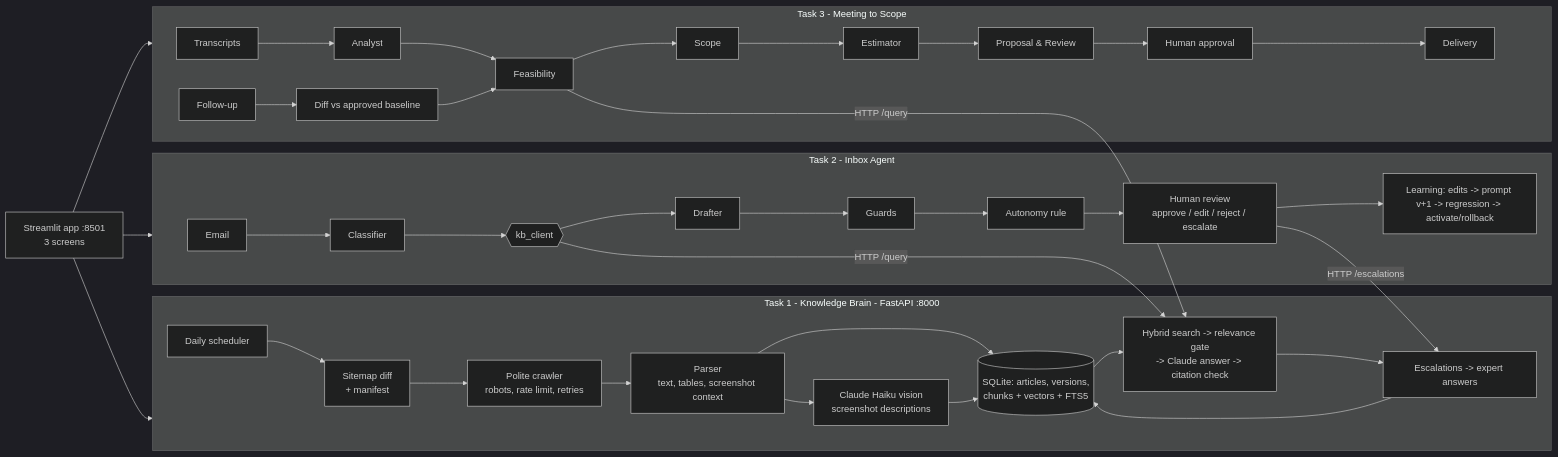
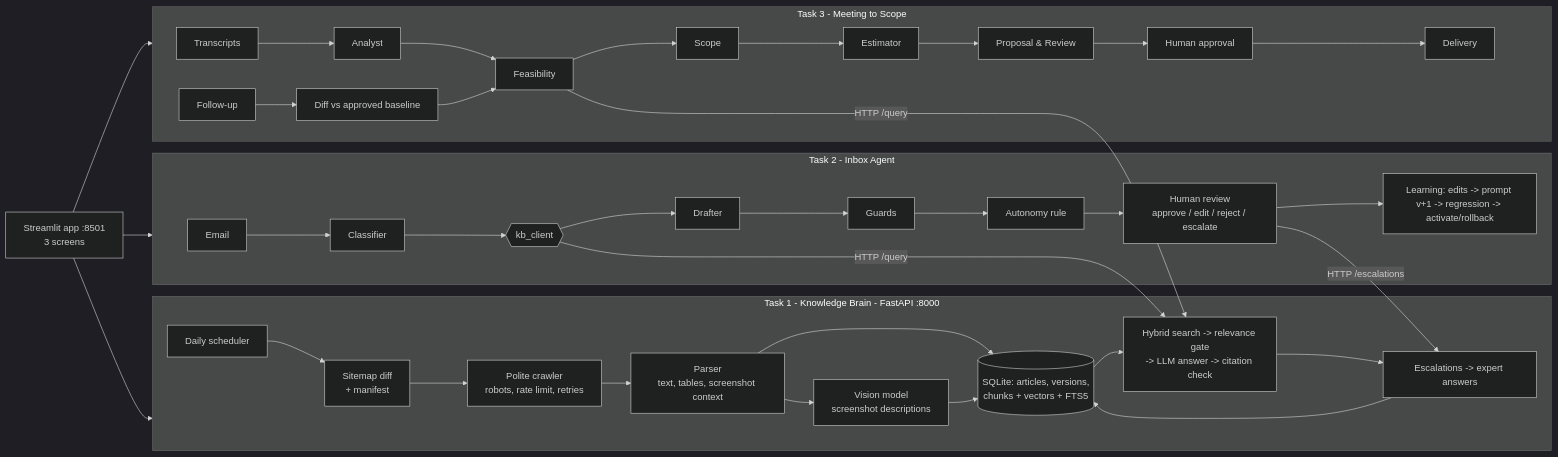
One commit to blackeagle-25-5/ai-tech-consultant changed the diagram in DESIGN.md. Above: the diagram before and after it, drawn with Mermaid (dark theme). The commit also changed other lines of this file and 12 other files, not shown here.

````diff
--- a/DESIGN.md
+++ b/DESIGN.md
@@ -33,28 +33,28 @@
 ```mermaid
 flowchart LR
   subgraph T1[Task 1 - Knowledge Brain - FastAPI :8000]
     SM[Sitemap diff<br/>+ manifest] --> CR[Polite crawler<br/>robots, rate limit, retries]
     CR --> PA[Parser<br/>text, tables, screenshot context]
-    PA --> VI[Claude Haiku vision<br/>screenshot descriptions]
+    PA --> VI[Vision model<br/>screenshot descriptions]
     PA --> IX[(SQLite: articles, versions,<br/>chunks + vectors + FTS5)]
     VI --> IX
-    IX --> QA[Hybrid search -> relevance gate<br/>-> Claude answer -> citation check]
+    IX --> QA[Hybrid search -> relevance gate<br/>-> LLM answer -> citation check]
     QA --> ES[Escalations -> expert answers]
     ES --> IX
     SCH[Daily scheduler] --> SM
   end
   subgraph T2[Task 2 - Inbox Agent]
     EM[Email] --> CL[Classifier] --> KBQ{{kb_client}} --> DR[Drafter] --> GU[Guards] --> AU[Autonomy rule]
     AU --> RV[Human review<br/>approve / edit / reject / escalate]
     RV --> LE[Learning: edits -> prompt v+1 -> regression -> activate/rollback]
   end
   subgraph T3[Task 3 - Meeting to Scope]
     TR[Transcripts] --> A1[Analyst] --> A2[Feasibility] --> A3[Scope] --> A4[Estimator] --> A5[Proposal & Review]
     A5 --> AP[Human approval] --> DL[Delivery]
     TR2[Follow-up] --> DF[Diff vs approved baseline] --> A2
   end
   KBQ -- HTTP /query --> QA
   A2 -- HTTP /query --> QA
   RV -- HTTP /escalations --> ES
   UI[Streamlit app :8501<br/>3 screens] --> T1 & T2 & T3
 ```
````
